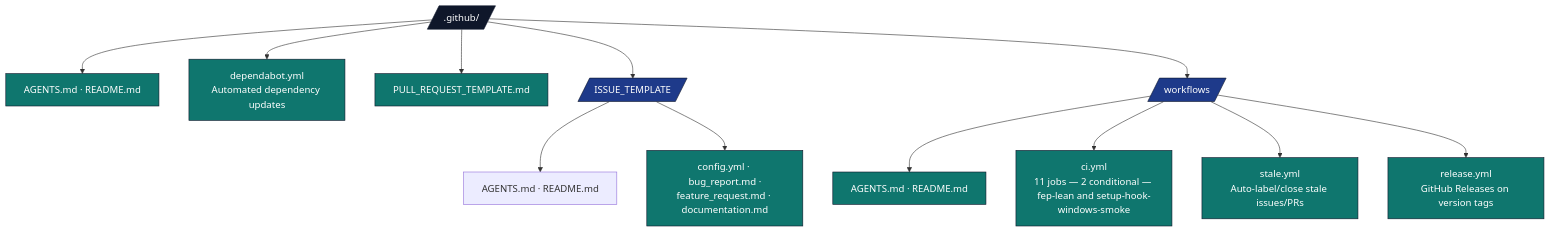
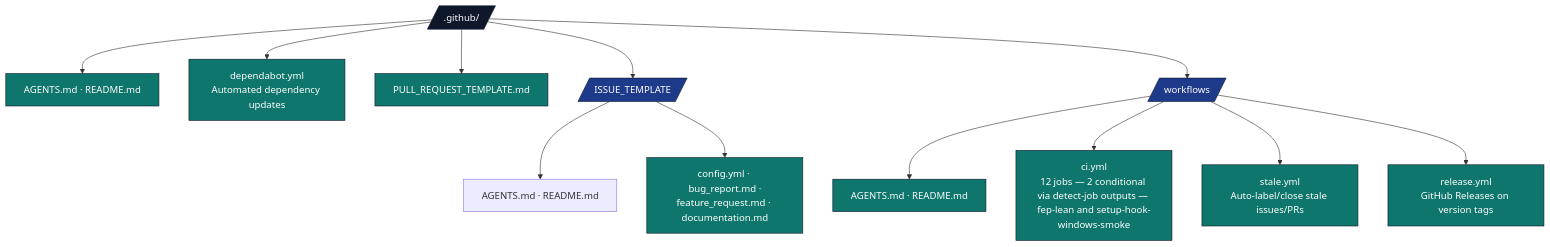
The diagram in .github/AGENTS.md (docxology/template), drawn with Mermaid before and after one commit. The commit also changed 10 other files, not shown here.

````diff
--- a/.github/AGENTS.md
+++ b/.github/AGENTS.md
@@ -18,24 +18,24 @@
 ```mermaid
 flowchart TB
     GH[/.github//]
     GH --> META[AGENTS.md · README.md]
     GH --> DEP[dependabot.yml<br/>Automated dependency updates]
     GH --> PRT[PULL_REQUEST_TEMPLATE.md]
     GH --> ITPL[/ISSUE_TEMPLATE/]
     GH --> WF[/workflows/]
 
     ITPL --> ITPL_DOCS[AGENTS.md · README.md]
     ITPL --> ITPL_F[config.yml · bug_report.md ·<br/>feature_request.md · documentation.md]
 
     WF --> WF_DOCS[AGENTS.md · README.md]
-    WF --> WF_CI[ci.yml<br/>11 jobs — 2 conditional — fep-lean and setup-hook-windows-smoke]
+    WF --> WF_CI[ci.yml<br/>12 jobs — 2 conditional via detect-job outputs — fep-lean and setup-hook-windows-smoke]
     WF --> WF_STALE[stale.yml<br/>Auto-label/close stale issues/PRs]
     WF --> WF_REL[release.yml<br/>GitHub Releases on version tags]
 
     classDef d fill:#0f172a,stroke:#0f172a,color:#fff
     classDef pkg fill:#1e3a8a,stroke:#0f172a,color:#fff
     classDef f fill:#0f766e,stroke:#0f172a,color:#fff
     class GH d
     class ITPL,WF pkg
     class META,DEP,PRT,ITPL_F,WF_DOCS,WF_CI,WF_STALE,WF_REL f
 ```
````
